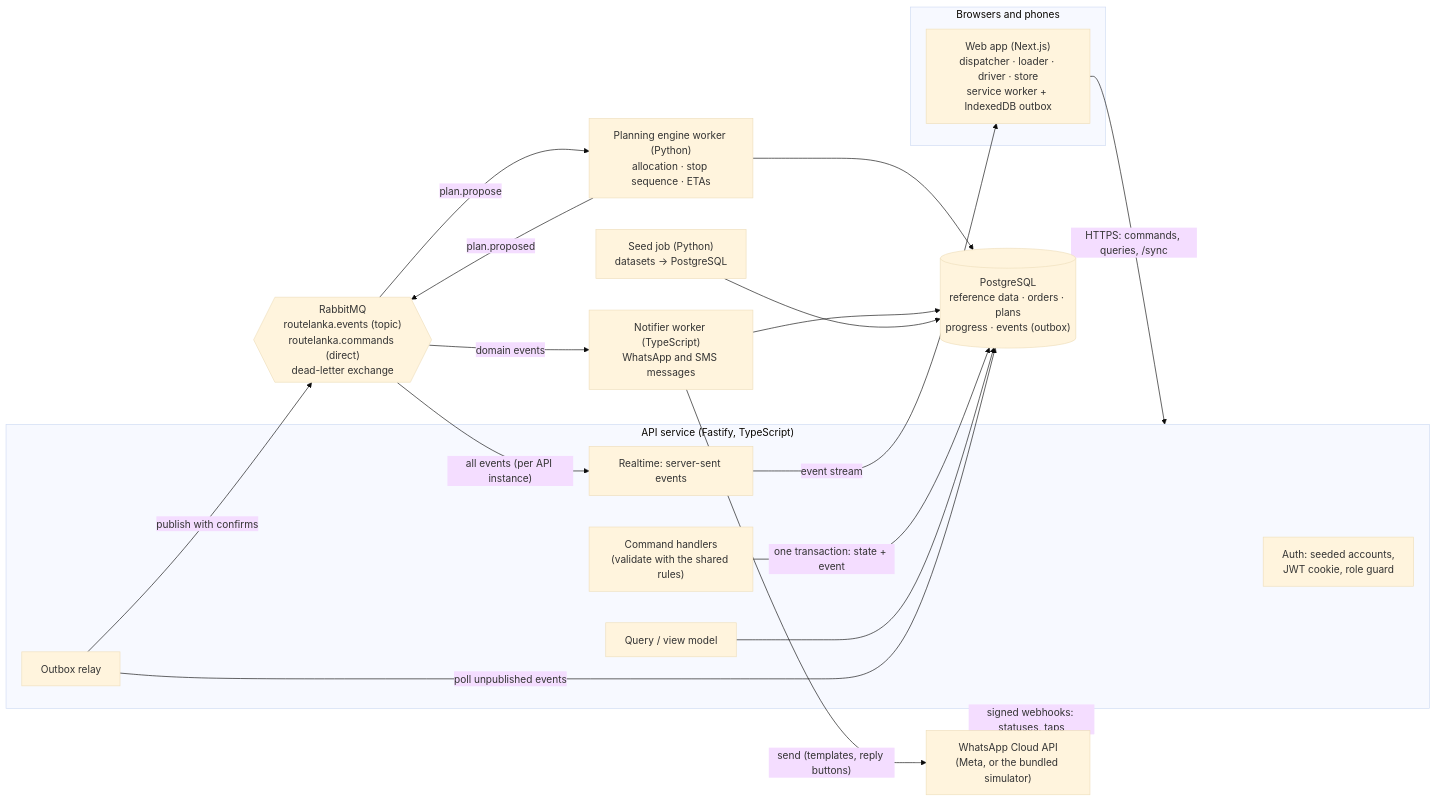
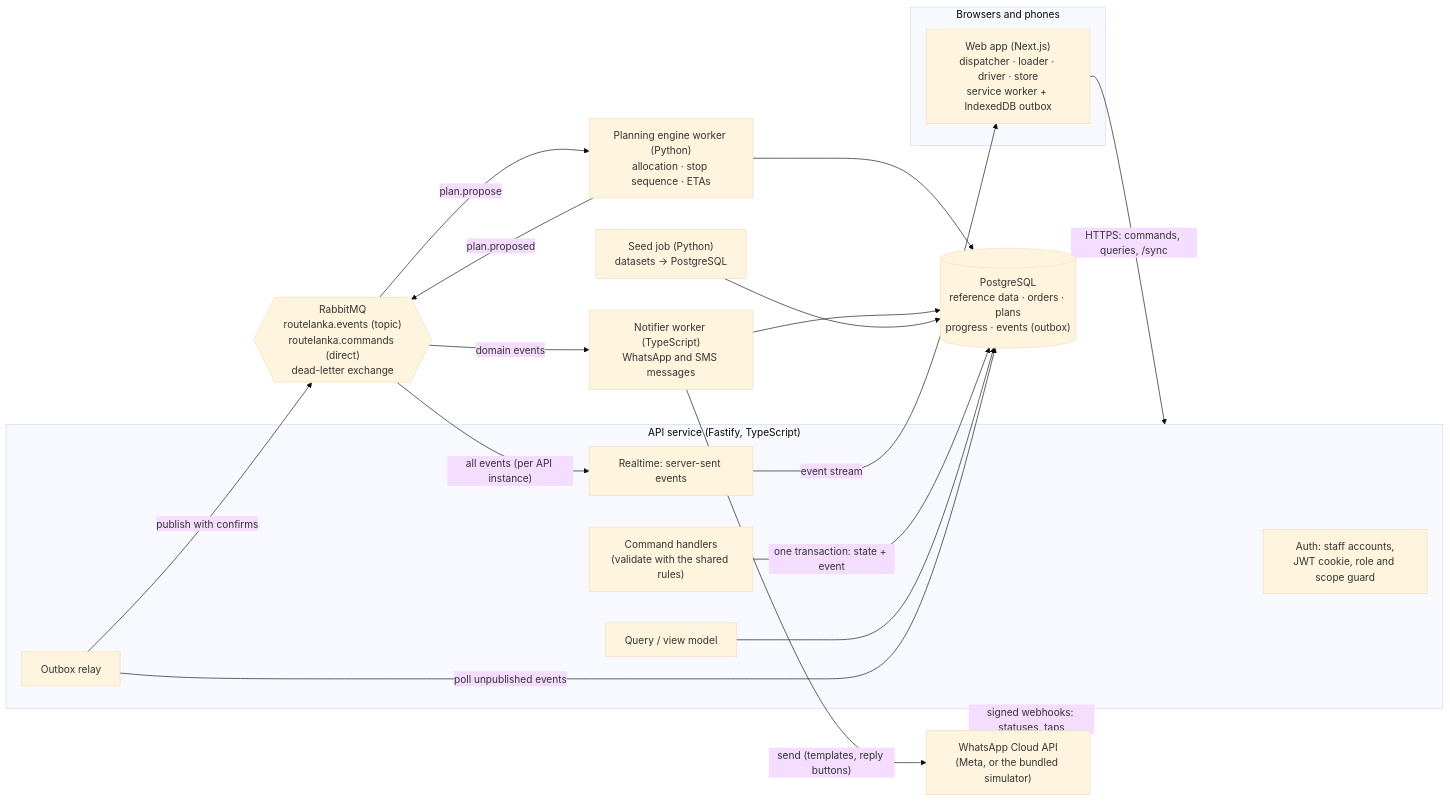
One commit to malika1234m/API4_RouteLanka. changed the first of 3 diagrams in docs/architecture.md. Above: the diagram before and after it, drawn with Mermaid (base theme). The commit also changed other lines of this file and 78 other files, not shown here.

````diff
--- a/docs/architecture.md
+++ b/docs/architecture.md
@@ -9,38 +9,38 @@
 ```mermaid
 flowchart LR
   subgraph Browser["Browsers and phones"]
     WEB["Web app (Next.js)<br/>dispatcher · loader · driver · store<br/>service worker + IndexedDB outbox"]
   end
 
   subgraph Core["API service (Fastify, TypeScript)"]
-    AUTH["Auth: seeded accounts,<br/>JWT cookie, role guard"]
+    AUTH["Auth: staff accounts,<br/>JWT cookie, role and scope guard"]
     CMD["Command handlers<br/>(validate with the shared rules)"]
     QRY["Query / view model"]
     SSE["Realtime: server-sent events"]
     RELAY["Outbox relay"]
   end
 
   DB[("PostgreSQL<br/>reference data · orders · plans<br/>progress · events (outbox)")]
   MQ{{"RabbitMQ<br/>routelanka.events (topic)<br/>routelanka.commands (direct)<br/>dead-letter exchange"}}
 
   ENGINE["Planning engine worker (Python)<br/>allocation · stop sequence · ETAs"]
   NOTIFY["Notifier worker (TypeScript)<br/>WhatsApp and SMS messages"]
   SEED["Seed job (Python)<br/>datasets → PostgreSQL"]
   WA["WhatsApp Cloud API<br/>(Meta, or the bundled simulator)"]
 
   WEB -- "HTTPS: commands, queries, /sync" --> Core
   SSE -- "event stream" --> WEB
   CMD -- "one transaction: state + event" --> DB
   QRY --> DB
   RELAY -- "poll unpublished events" --> DB
   RELAY -- "publish with confirms" --> MQ
   MQ -- "plan.propose" --> ENGINE
   ENGINE -- "plan.proposed" --> MQ
   ENGINE --> DB
   MQ -- "domain events" --> NOTIFY
   NOTIFY --> DB
   NOTIFY -- "send (templates, reply buttons)" --> WA
   WA -- "signed webhooks: statuses, taps" --> Core
   MQ -- "all events (per API instance)" --> SSE
   SEED --> DB
 ```
````
